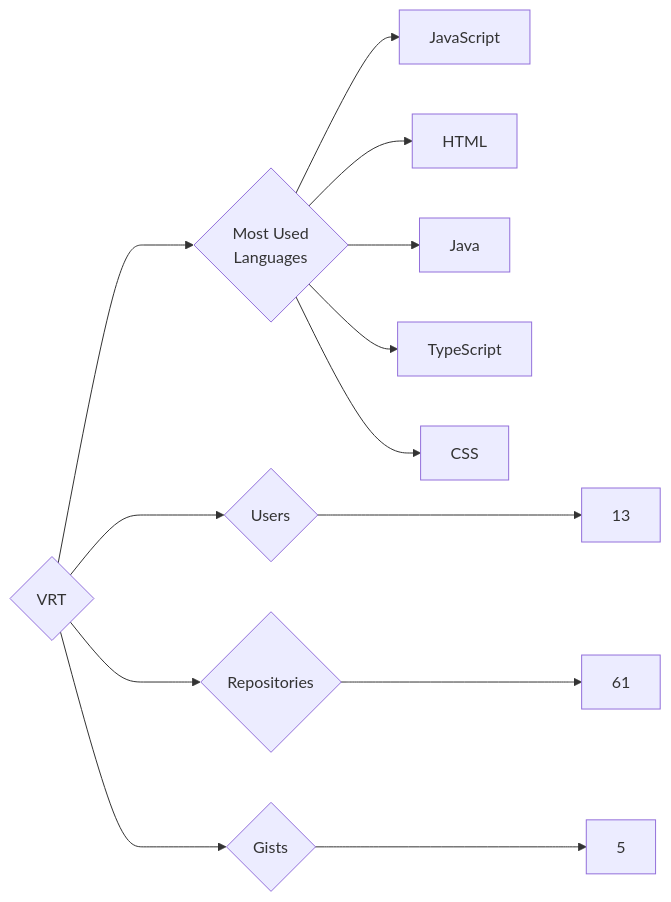
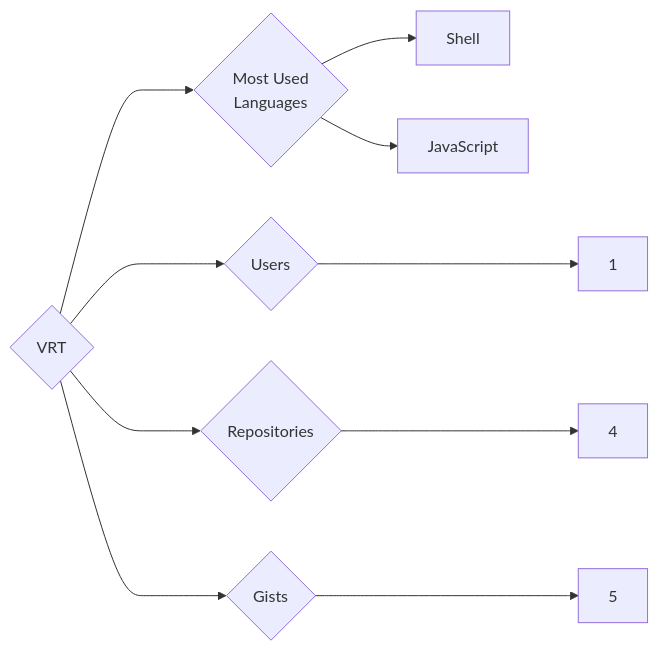
Before and after one commit to trickest/insiders: the diagram in targets/VRT/README.md, drawn with Mermaid. The commit also changed 1011 other files, not shown here.

````diff
--- a/targets/VRT/README.md
+++ b/targets/VRT/README.md
@@ -3,13 +3,10 @@
 ```mermaid
 graph LR
 COMPANY_NAME{VRT}
-COMPANY_NAME ---> U{Users} ---> UN[13]
-COMPANY_NAME ---> R{Repositories} ---> RN[61]
+COMPANY_NAME ---> U{Users} ---> UN[1]
+COMPANY_NAME ---> R{Repositories} ---> RN[4]
 COMPANY_NAME ---> G{Gists} ---> GN[5]
 COMPANY_NAME ---> ML{Most Used<br>Languages}
+ML --> Shell[Shell]
 ML --> JavaScript[JavaScript]
-ML --> HTML[HTML]
-ML --> Java[Java]
-ML --> TypeScript[TypeScript]
-ML --> CSS[CSS]
 ```
````
